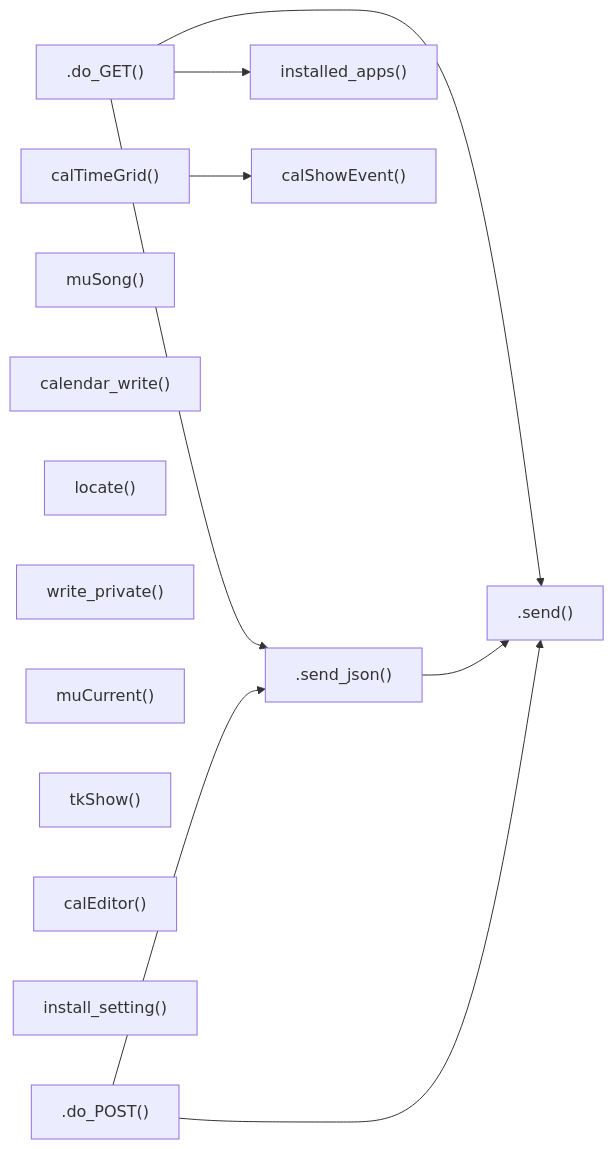
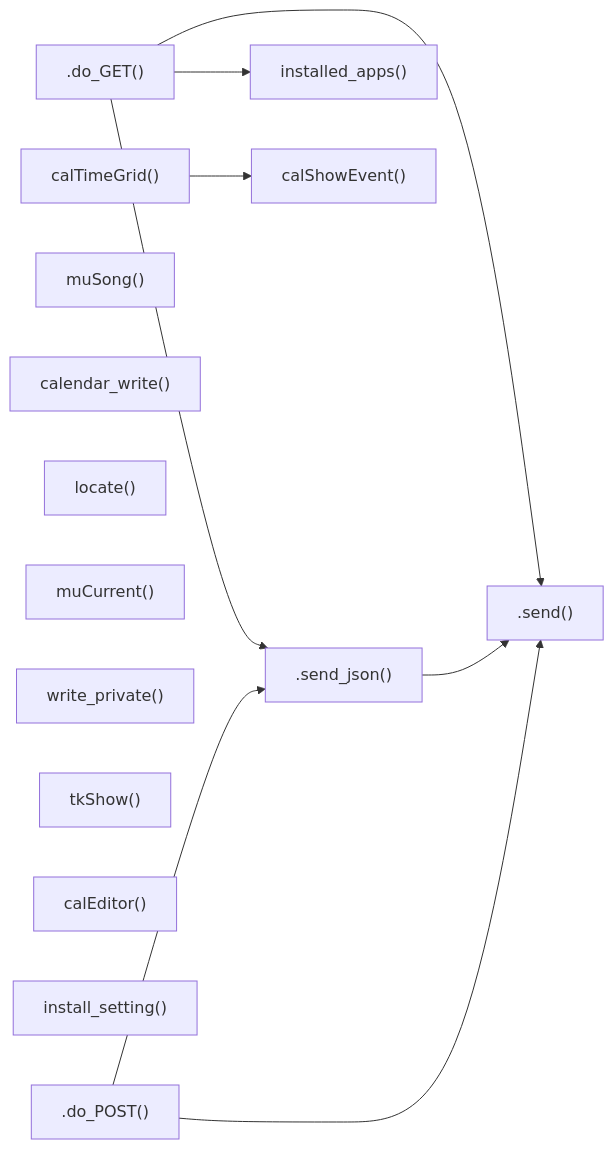
The second of 2 diagrams in CODEMAP.md (spaceadler/adlerOS), drawn with Mermaid before and after one commit. The commit also changed other lines of this file and 1 other file, not shown here.

````diff
--- a/CODEMAP.md
+++ b/CODEMAP.md
@@ -65,25 +65,25 @@
 ```mermaid
 flowchart LR
     n_app_server_handler_do_get[".do_GET()"]
     n_app_server_handler_send_json[".send_json()"]
     n_app_server_handler_do_post[".do_POST()"]
     n_app_static_music_musong["muSong()"]
     n_app_server_calendar_write["calendar_write()"]
     n_app_server_locate["locate()"]
+    n_app_static_music_mucurrent["muCurrent()"]
     n_app_server_write_private["write_private()"]
-    n_app_static_music_mucurrent["muCurrent()"]
     n_app_server_handler_send[".send()"]
     n_app_static_tasks_tkshow["tkShow()"]
     n_app_server_installed_apps["installed_apps()"]
     n_app_static_calendar_caleditor["calEditor()"]
     n_app_server_install_setting["install_setting()"]
     n_app_static_calendar_calshowevent["calShowEvent()"]
     n_app_static_calendar_caltimegrid["calTimeGrid()"]
     n_app_server_handler_do_get --> n_app_server_handler_send
     n_app_server_handler_do_get --> n_app_server_handler_send_json
     n_app_server_handler_do_get --> n_app_server_installed_apps
     n_app_server_handler_send_json --> n_app_server_handler_send
     n_app_server_handler_do_post --> n_app_server_handler_send_json
     n_app_server_handler_do_post --> n_app_server_handler_send
     n_app_static_calendar_caltimegrid --> n_app_static_calendar_calshowevent
 ```
````
